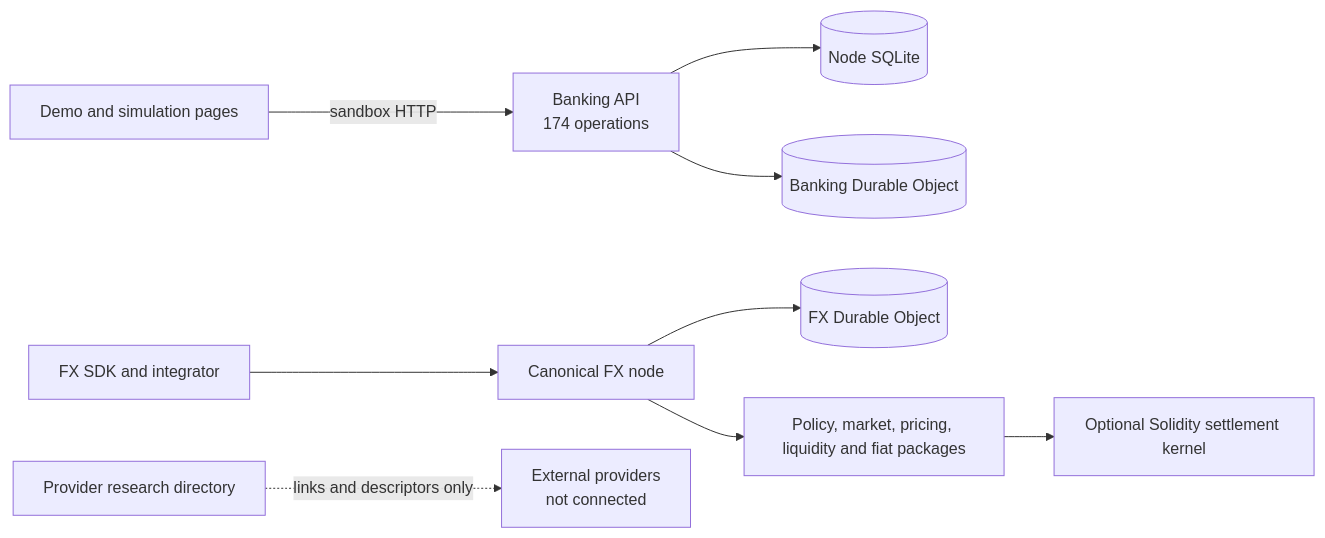
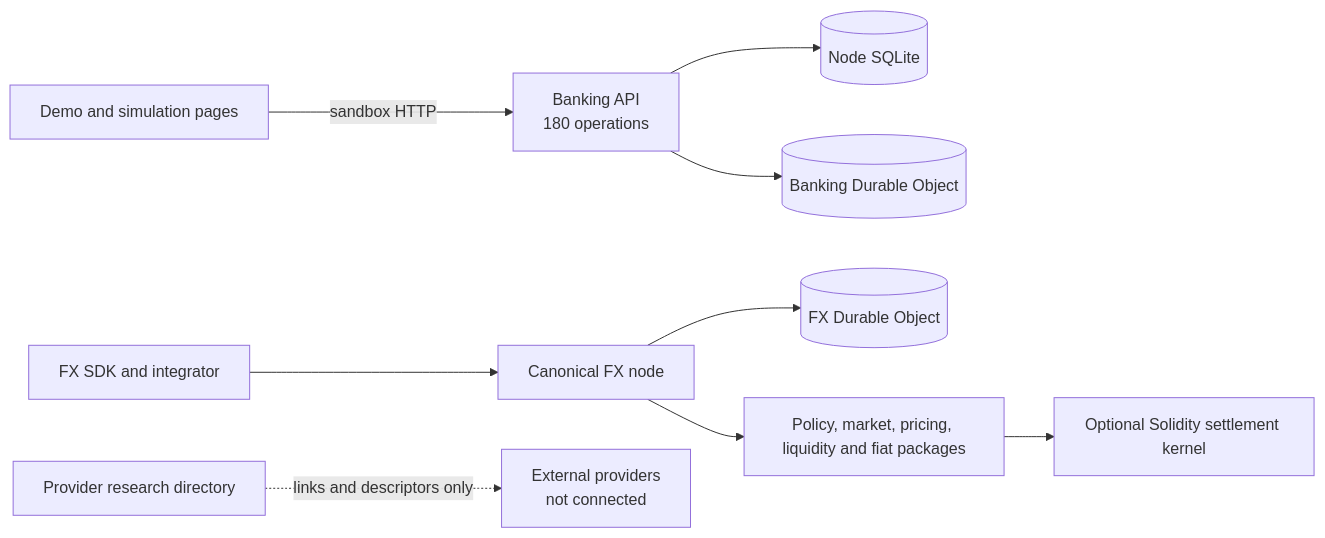
One commit to Josh-Gi3r/blueballs changed the first of 2 diagrams in README.md. Above: the diagram before and after it, drawn with Mermaid. The commit also changed other lines of this file and 29 other files, not shown here.

````diff
--- a/README.md
+++ b/README.md
@@ -239,11 +253,11 @@
 ```mermaid
 flowchart LR
-  UI[Demo and simulation pages] -->|sandbox HTTP| BANK[Banking API\n174 operations]
+  UI[Demo and simulation pages] -->|sandbox HTTP| BANK[Banking API\n180 operations]
   SDK[FX SDK and integrator] --> FX[Canonical FX node]
   BANK --> NDB[(Node SQLite)]
   BANK --> BDO[(Banking Durable Object)]
   FX --> FDO[(FX Durable Object)]
   FX --> POLICY[Policy, market, pricing, liquidity and fiat packages]
   POLICY --> EVM[Optional Solidity settlement kernel]
   DIRECTORY[Provider research directory] -. links and descriptors only .-> PROVIDERS[External providers\nnot connected]
 ```
````
